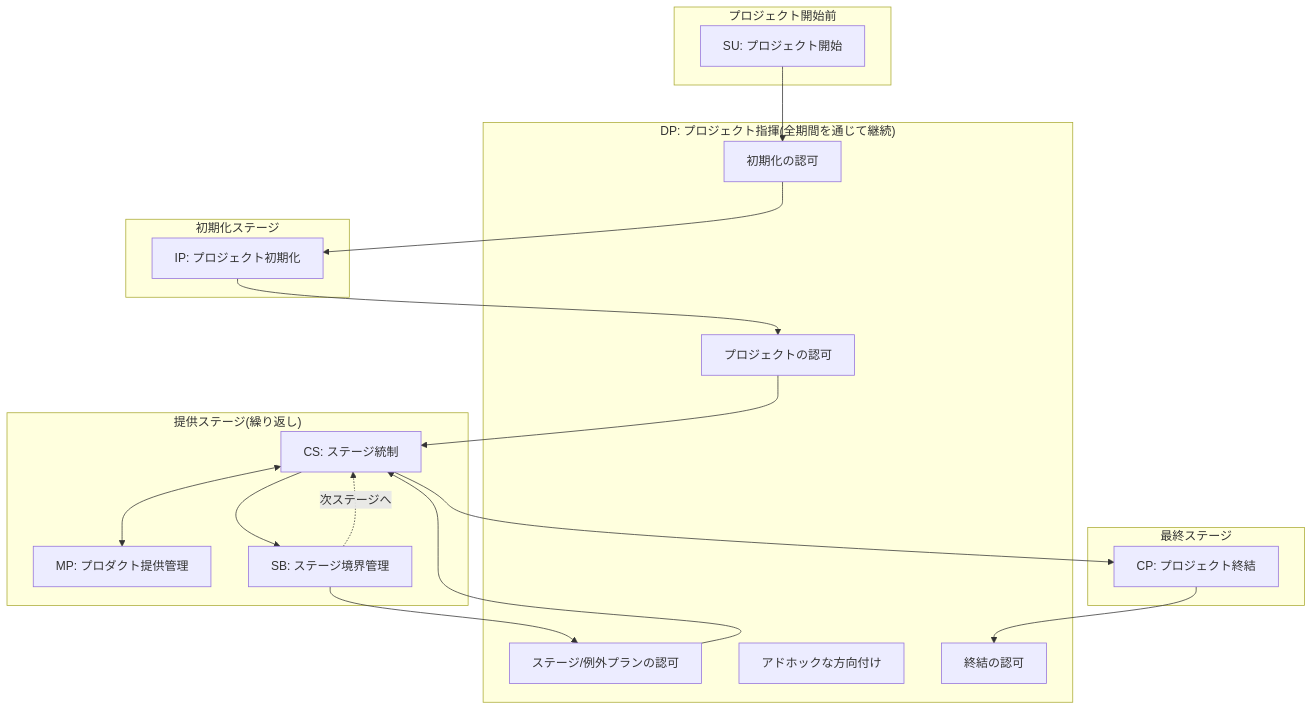
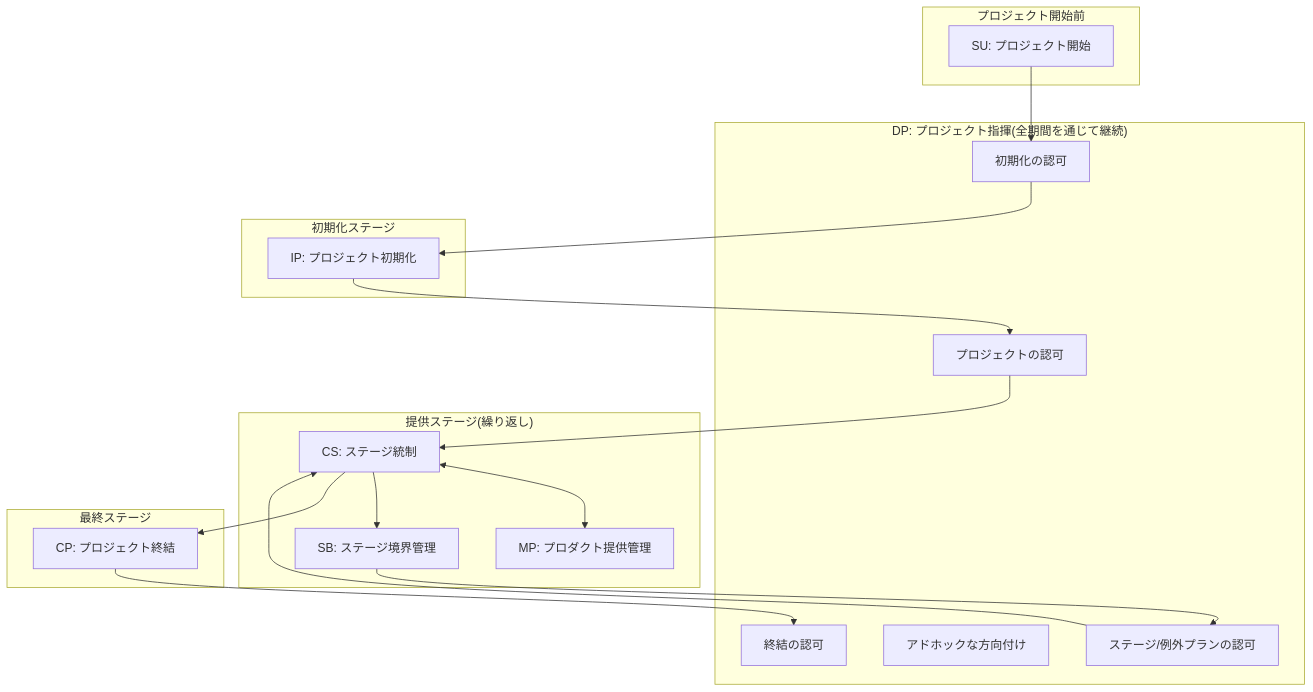
One commit to myoshi2891/Management-Team-Building-Studies changed the tenth of 10 diagrams in Prince2-7-foundation-guide.md. Above: the diagram before and after it, drawn with Mermaid. The commit also changed 1 other file, not shown here.

Commit message:
docs(prince2): refine process flowchart and descriptions in 7th edition guides

````diff
--- a/Prince2-7-foundation-guide.md
+++ b/Prince2-7-foundation-guide.md
@@ -420,35 +420,34 @@
 ```mermaid
 flowchart TB
     subgraph PreProject["プロジェクト開始前"]
         SU["SU: プロジェクト開始"]
     end
 
     subgraph Direct["DP: プロジェクト指揮(全期間を通じて継続)"]
         DP1["初期化の認可"]
         DP2["プロジェクトの認可"]
         DP3["ステージ/例外プランの認可"]
         DP4["アドホックな方向付け"]
         DP5["終結の認可"]
     end
 
     subgraph Initiation["初期化ステージ"]
         IP["IP: プロジェクト初期化"]
     end
 
     subgraph Delivery["提供ステージ(繰り返し)"]
         CS["CS: ステージ統制"]
         MP["MP: プロダクト提供管理"]
         SB["SB: ステージ境界管理"]
         CS <--> MP
         CS --> SB
     end
 
     subgraph FinalStage["最終ステージ"]
         CP["CP: プロジェクト終結"]
     end
 
     SU --> DP1 --> IP --> DP2 --> CS
     SB --> DP3 --> CS
-    SB -.->|次ステージへ| CS
     CS --> CP --> DP5
 ```
````
